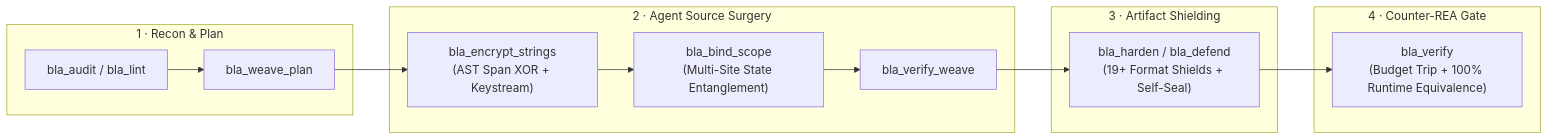
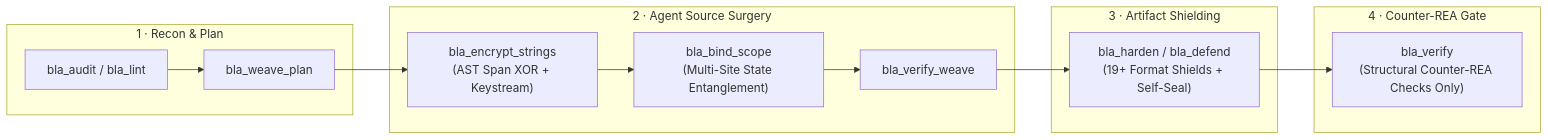
Before and after one commit to qybaihe/bla: the diagram in README.md, drawn with Mermaid. The commit also changed other lines of this file and 5 other files, not shown here.

Commit message:
fix(js,verify): protect observable runtime semantics and label static-only checks

````diff
--- a/README.md
+++ b/README.md
@@ -116,17 +116,17 @@
 ```mermaid
 flowchart LR
   subgraph S1["1 · Recon & Plan"]
     A["bla_audit / bla_lint"] --> B["bla_weave_plan"]
   end
   subgraph S2["2 · Agent Source Surgery"]
     B --> C["bla_encrypt_strings\n(AST Span XOR + Keystream)"]
     C --> D["bla_bind_scope\n(Multi-Site State Entanglement)"]
     D --> E["bla_verify_weave"]
   end
   subgraph S3["3 · Artifact Shielding"]
     E --> F["bla_harden / bla_defend\n(19+ Format Shields + Self-Seal)"]
   end
   subgraph S4["4 · Counter-REA Gate"]
-    F --> G["bla_verify\n(Budget Trip + 100% Runtime Equivalence)"]
+    F --> G["bla_verify\n(Structural Counter-REA Checks Only)"]
   end
 ```
````
